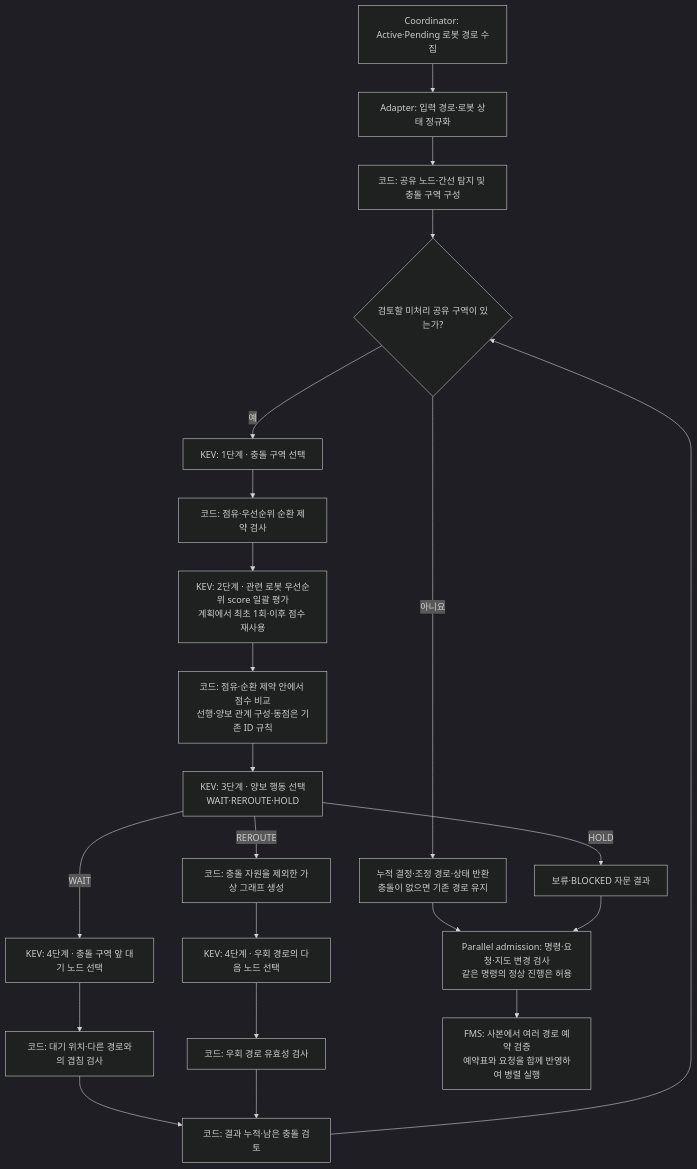
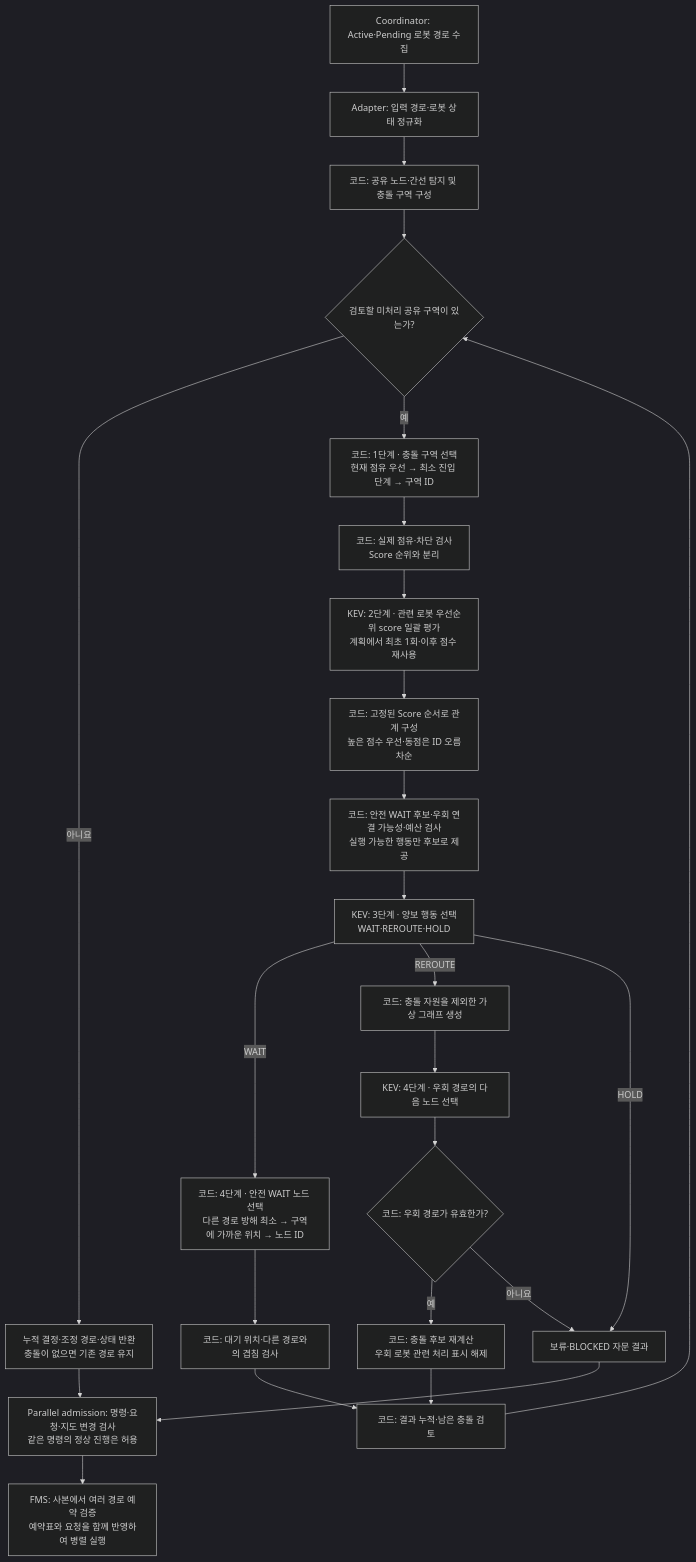
The second of 6 diagrams in docs/kev_mapf_flowchart.md (E1I6-Logistics/Logistics_AI), drawn with Mermaid (dark theme) before and after one commit. The commit also changed other lines of this file and 25 other files, not shown here.

````diff
--- a/docs/kev_mapf_flowchart.md
+++ b/docs/kev_mapf_flowchart.md
@@ -113,27 +113,30 @@
 ```mermaid
 flowchart TD
     A["Coordinator: Active·Pending 로봇 경로 수집"] --> B["Adapter: 입력 경로·로봇 상태 정규화"]
     B --> C["코드: 공유 노드·간선 탐지 및 충돌 구역 구성"]
     C --> D{"검토할 미처리 공유 구역이 있는가?"}
     D -- 아니요 --> P["누적 결정·조정 경로·상태 반환<br/>충돌이 없으면 기존 경로 유지"]
-    D -- 예 --> E["KEV: 1단계 · 충돌 구역 선택"]
-    E --> F["코드: 점유·우선순위 순환 제약 검사"]
+    D -- 예 --> E["코드: 1단계 · 충돌 구역 선택<br/>현재 점유 우선 → 최소 진입 단계 → 구역 ID"]
+    E --> F["코드: 실제 점유·차단 검사<br/>Score 순위와 분리"]
     F --> G["KEV: 2단계 · 관련 로봇 우선순위 score 일괄 평가<br/>계획에서 최초 1회·이후 점수 재사용"]
-    G --> GS["코드: 점유·순환 제약 안에서 점수 비교<br/>선행·양보 관계 구성·동점은 기존 ID 규칙"]
-    GS --> H["KEV: 3단계 · 양보 행동 선택<br/>WAIT·REROUTE·HOLD"]
+    G --> GS["코드: 고정된 Score 순서로 관계 구성<br/>높은 점수 우선·동점은 ID 오름차순"]
+    GS --> AC["코드: 안전 WAIT 후보·우회 연결 가능성·예산 검사<br/>실행 가능한 행동만 후보로 제공"]
+    AC --> H["KEV: 3단계 · 양보 행동 선택<br/>WAIT·REROUTE·HOLD"]
 
-    H -- WAIT --> I["KEV: 4단계 · 충돌 구역 앞 대기 노드 선택"]
+    H -- WAIT --> I["코드: 4단계 · 안전 WAIT 노드 선택<br/>다른 경로 방해 최소 → 구역에 가까운 위치 → 노드 ID"]
     I --> J["코드: 대기 위치·다른 경로와의 겹침 검사"]
     J --> N["코드: 결과 누적·남은 충돌 검토"]
 
     H -- REROUTE --> K["코드: 충돌 자원을 제외한 가상 그래프 생성"]
     K --> L["KEV: 4단계 · 우회 경로의 다음 노드 선택"]
-    L --> M["코드: 우회 경로 유효성 검사"]
-    M --> N
+    L --> M{"코드: 우회 경로가 유효한가?"}
+    M -- 예 --> NR["코드: 충돌 후보 재계산<br/>우회 로봇 관련 처리 표시 해제"]
+    NR --> N
+    M -- 아니요 --> O
 
     H -- HOLD --> O["보류·BLOCKED 자문 결과"]
     N --> D
     P --> Q["Parallel admission: 명령·요청·지도 변경 검사<br/>같은 명령의 정상 진행은 허용"]
     O --> Q
     Q --> R["FMS: 사본에서 여러 경로 예약 검증<br/>예약표와 요청을 함께 반영하여 병렬 실행"]
 ```
````
